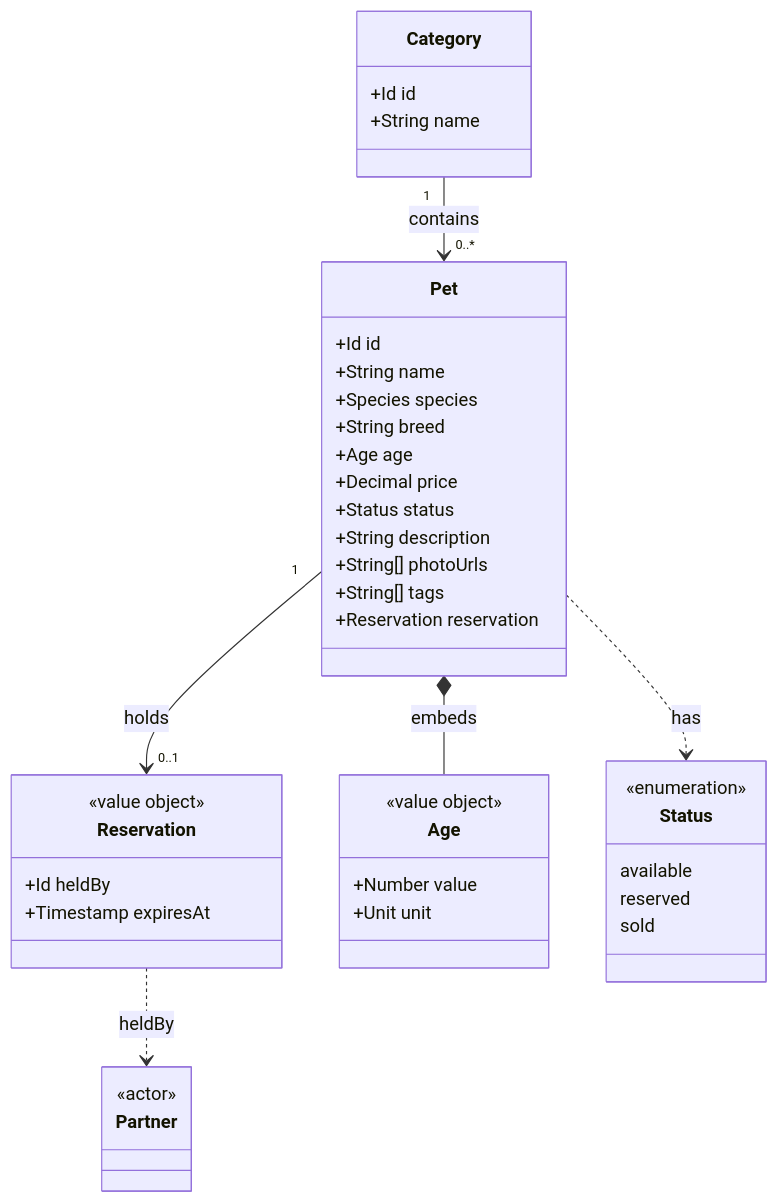
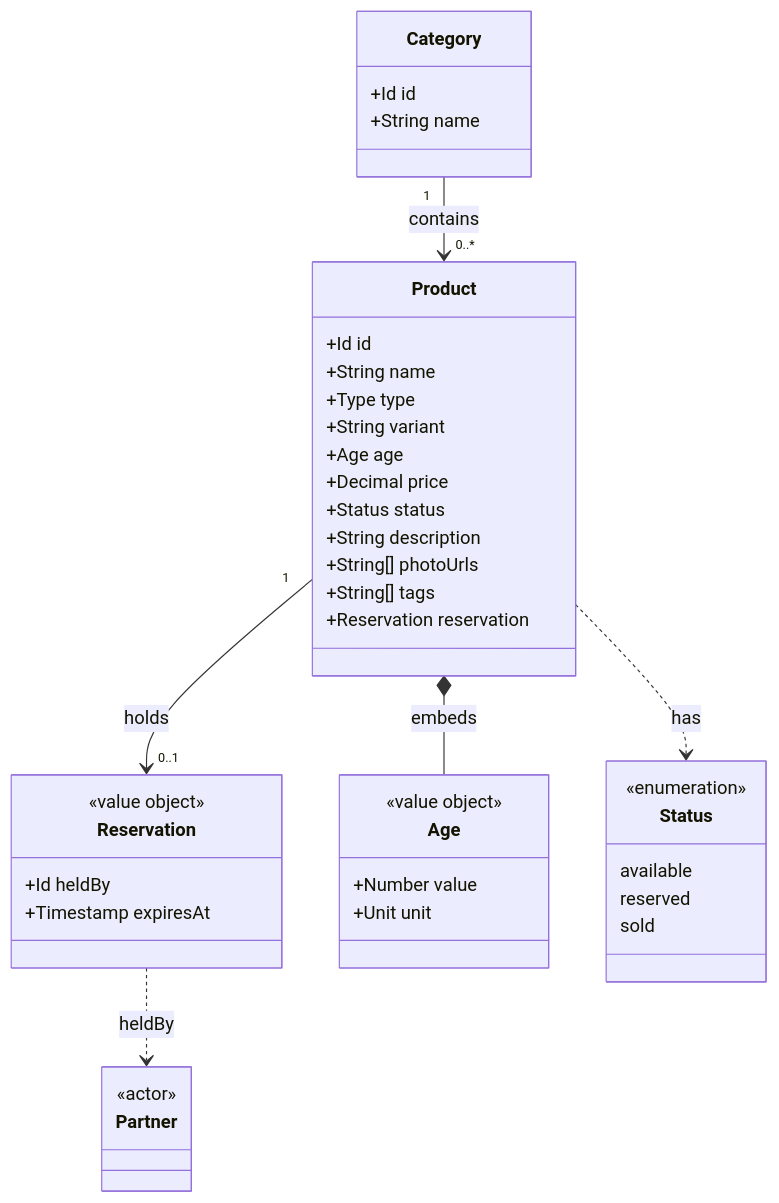
One commit to kieranpotts/specs changed the second of 2 diagrams in specification/context/model/README.md. Above: the diagram before and after it, drawn with Mermaid. The commit also changed other lines of this file and 31 other files, not shown here.

````diff
--- a/specification/context/model/README.md
+++ b/specification/context/model/README.md
@@ -102,46 +102,46 @@
 ```mermaid
 classDiagram
-    class Pet {
+    class Product {
         +Id id
         +String name
-        +Species species
-        +String breed
+        +Type type
+        +String variant
         +Age age
         +Decimal price
         +Status status
         +String description
         +String[] photoUrls
         +String[] tags
         +Reservation reservation
     }
     class Category {
         +Id id
         +String name
     }
     class Reservation {
         <<value object>>
         +Id heldBy
         +Timestamp expiresAt
     }
     class Age {
         <<value object>>
         +Number value
         +Unit unit
     }
     class Status {
         <<enumeration>>
         available
         reserved
         sold
     }
 
-    Category "1" --> "0..*" Pet : contains
-    Pet "1" --> "0..1" Reservation : holds
-    Pet *-- Age : embeds
-    Pet ..> Status : has
+    Category "1" --> "0..*" Product : contains
+    Product "1" --> "0..1" Reservation : holds
+    Product *-- Age : embeds
+    Product ..> Status : has
     Reservation ..> Partner : heldBy
 
     class Partner {
         <<actor>>
     }
 ```
````
